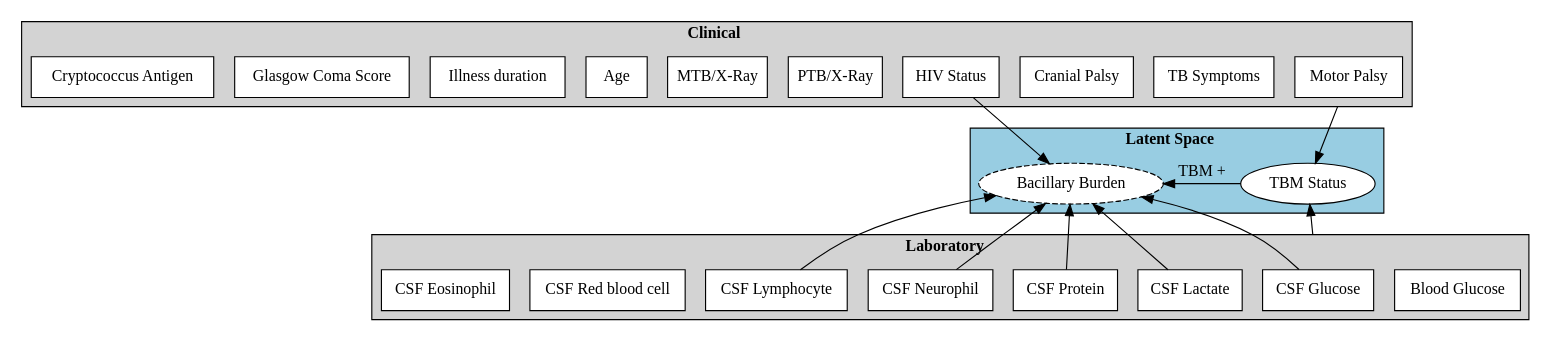
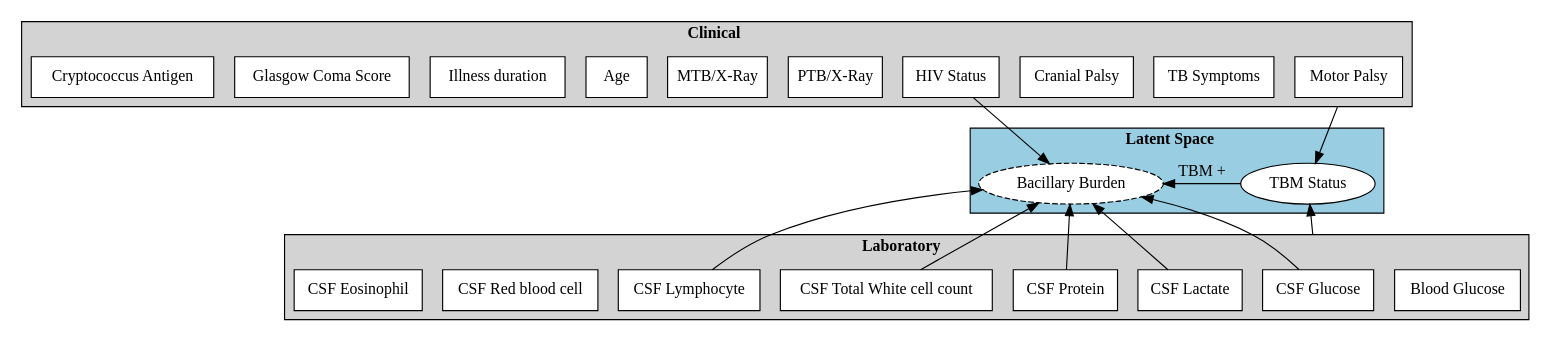
One commit to trinhdhk/TBM-LCA changed the second of 2 diagrams in papers/clinical/main.Rmd. Above: the diagram before and after it, drawn with Graphviz. The commit also changed other lines of this file and 2 other files, not shown here.

````diff
--- a/papers/clinical/main.Rmd
+++ b/papers/clinical/main.Rmd
@@ -280,55 +297,55 @@
 ```{dot dag-predictors, out.width="100%", out.height="100%", fig.cap="Directed acrylic graph of potential covariates", fig.id="dag-predictors", include=FALSE}
 digraph {
     rankdir=TD;
     compound = true;
     graph[fontname="CMU Serif"];
     node[fontname = "CMU Serif"];
 
     subgraph cluster_clin{
       label = < <B>Clinical</B> >;
       bgcolor = lightgrey;
       node[style=filled fillcolor=white shape=rectangle];
       HIV[label = "HIV Status"];
       TBS[label = "TB Symptoms"];
       CP[label = "Cranial Palsy"];
       MP[label = "Motor Palsy"];
       PTB[label = "PTB/X-Ray"];
       MTB[label = "MTB/X-Ray"];
       Age;
       TBDay[label = "Illness duration"];
       GCS[label = "Glasgow Coma Score"]; 
       Crypto[label = "Cryptococcus Antigen"];
     }
     
     subgraph cluster_lab{
       label = < <B>Laboratory</B> >;
       bgcolor = lightgrey;
       node[style=filled fillcolor=white shape=rectangle];
       BldGlu[label = "Blood Glucose"];
       CsfGlu[label = "CSF Glucose"];
       CsfLym[label = "CSF Lymphocyte"];
-      CsfNeu[label = "CSF Neurophil"];
+      CsfNeu[label = "CSF Total White cell count"];
       CsfPro[label = "CSF Protein"];
       CsfLac[label = "CSF Lactate"];
       CsfRBD[label = "CSF Red blood cell"];
       CsfEos[label = "CSF Eosinophil"];
     }
 
     subgraph cluster_latent{
         rank=same;
         bgcolor = "#98cde2";
         label = < <B>Latent Space</B> >;
         node[shape=ellipse style=filled fillcolor=white];
         subgraph zzz{
             C[label="TBM Status"];
             I[label="Bacillary Burden" style="filled, dashed"];
             C -> I[label = "TBM +"];
         }
     }
 
     CsfGlu -> C[ltail = cluster_lab];
     MP -> C[ltail = cluster_clin];
     {HIV} -> I;
     I -> {CsfGlu CsfLym CsfNeu CsfPro CsfLac}[dir=back];
 }
 ```
````
